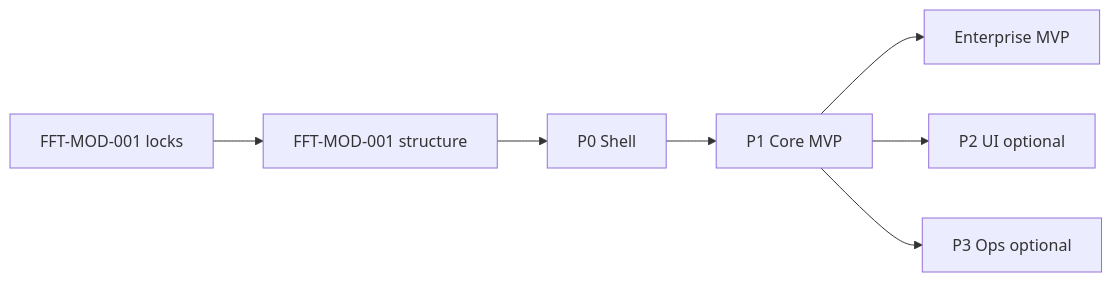
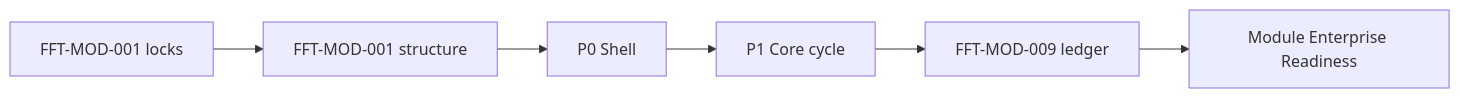
Before and after one commit to pohlai88/afenda-lite: the diagram in docs/modules/feed-farm-trade/FFT-MOD-010-module-docs-index.md, drawn with Mermaid. The commit also changed other lines of this file and 167 other files, not shown here.

First line of the commit message:
Establish module enterprise readiness control and executable quality contract.

````diff
--- a/docs/modules/feed-farm-trade/FFT-MOD-010-module-docs-index.md
+++ b/docs/modules/feed-farm-trade/FFT-MOD-010-module-docs-index.md
@@ -66,9 +125,8 @@
 ```mermaid
 flowchart LR
   Locks[FFT-MOD-001 locks] --> Arch[FFT-MOD-001 structure]
   Arch --> P0[P0 Shell]
-  P0 --> P1[P1 Core MVP]
-  P1 --> MVP[Enterprise MVP]
-  P1 --> P2[P2 UI optional]
-  P1 --> P3[P3 Ops optional]
+  P0 --> P1[P1 Core cycle]
+  P1 --> Evidence[FFT-MOD-009 ledger]
+  Evidence --> Claim[Module Enterprise Readiness]
 ```
````
